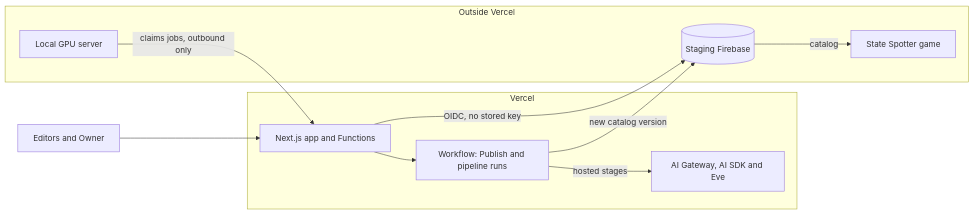
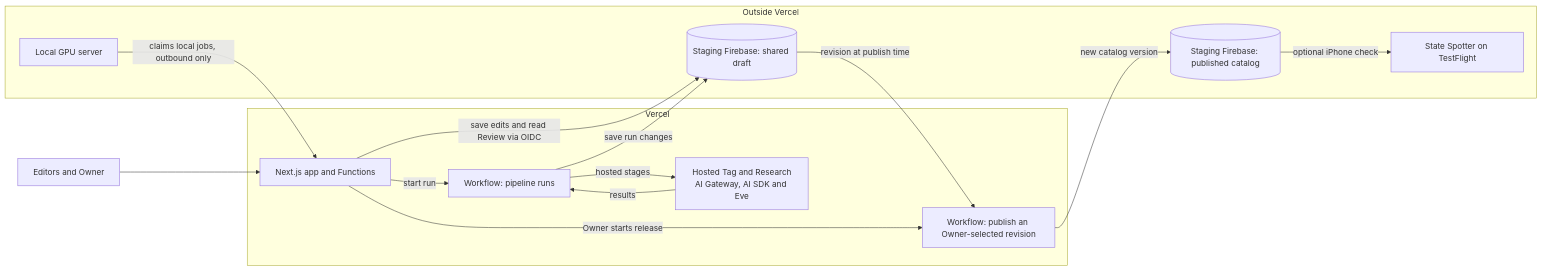
The diagram in README.md (Memoriuhl/plate-curator-vercel), drawn with Mermaid before and after one commit. The commit also changed other lines of this file and 1 other file, not shown here.

Commit message:
docs: align the reviewer walkthrough and publish the assessment (#255)

````diff
--- a/README.md
+++ b/README.md
@@ -39,23 +50,29 @@
 ```mermaid
 flowchart LR
     People[Editors and Owner] --> App
 
     subgraph Vercel
         App[Next.js app and Functions]
-        Flow[Workflow: Publish and pipeline runs]
-        Hosted[AI Gateway, AI SDK and Eve]
+        Pipeline["Workflow: pipeline runs"]
+        Hosted["Hosted Tag and Research<br/>AI Gateway, AI SDK and Eve"]
+        Publish["Workflow: publish an Owner-selected revision"]
     end
 
     subgraph Outside["Outside Vercel"]
-        Firebase[(Staging Firebase)]
+        Draft[("Staging Firebase: shared draft")]
+        Catalog[("Staging Firebase: published catalog")]
         GPU[Local GPU server]
-        Game[State Spotter game]
+        Game["State Spotter on TestFlight"]
     end
 
-    App -->|OIDC, no stored key| Firebase
-    App --> Flow
-    Flow -->|hosted stages| Hosted
-    GPU -->|claims jobs, outbound only| App
-    Flow -->|new catalog version| Firebase
-    Firebase -->|catalog| Game
+    App -->|save edits and read Review via OIDC| Draft
+    App -->|start run| Pipeline
+    Pipeline -->|hosted stages| Hosted
+    Hosted -->|results| Pipeline
+    GPU -->|claims local jobs, outbound only| App
+    Pipeline -->|save run changes| Draft
+    App -->|Owner starts release| Publish
+    Draft -->|revision at publish time| Publish
+    Publish -->|new catalog version| Catalog
+    Catalog -->|optional iPhone check| Game
 ```
````
